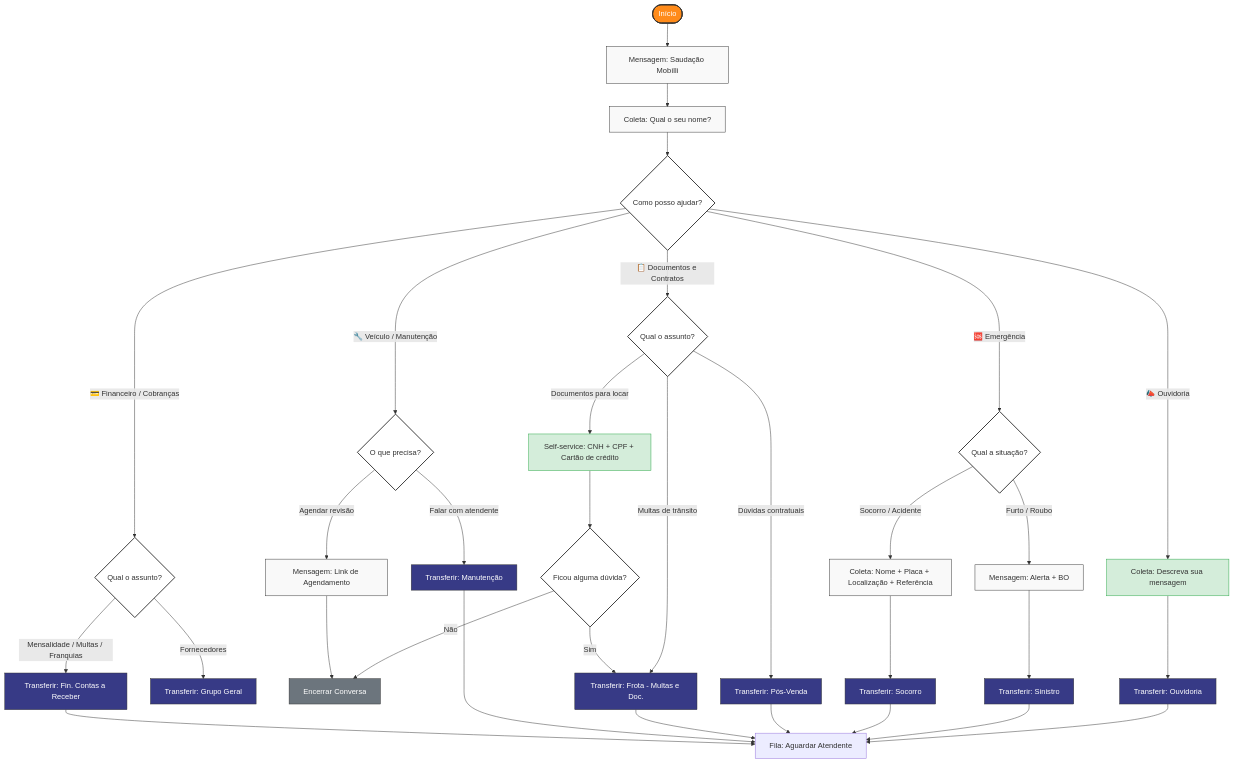
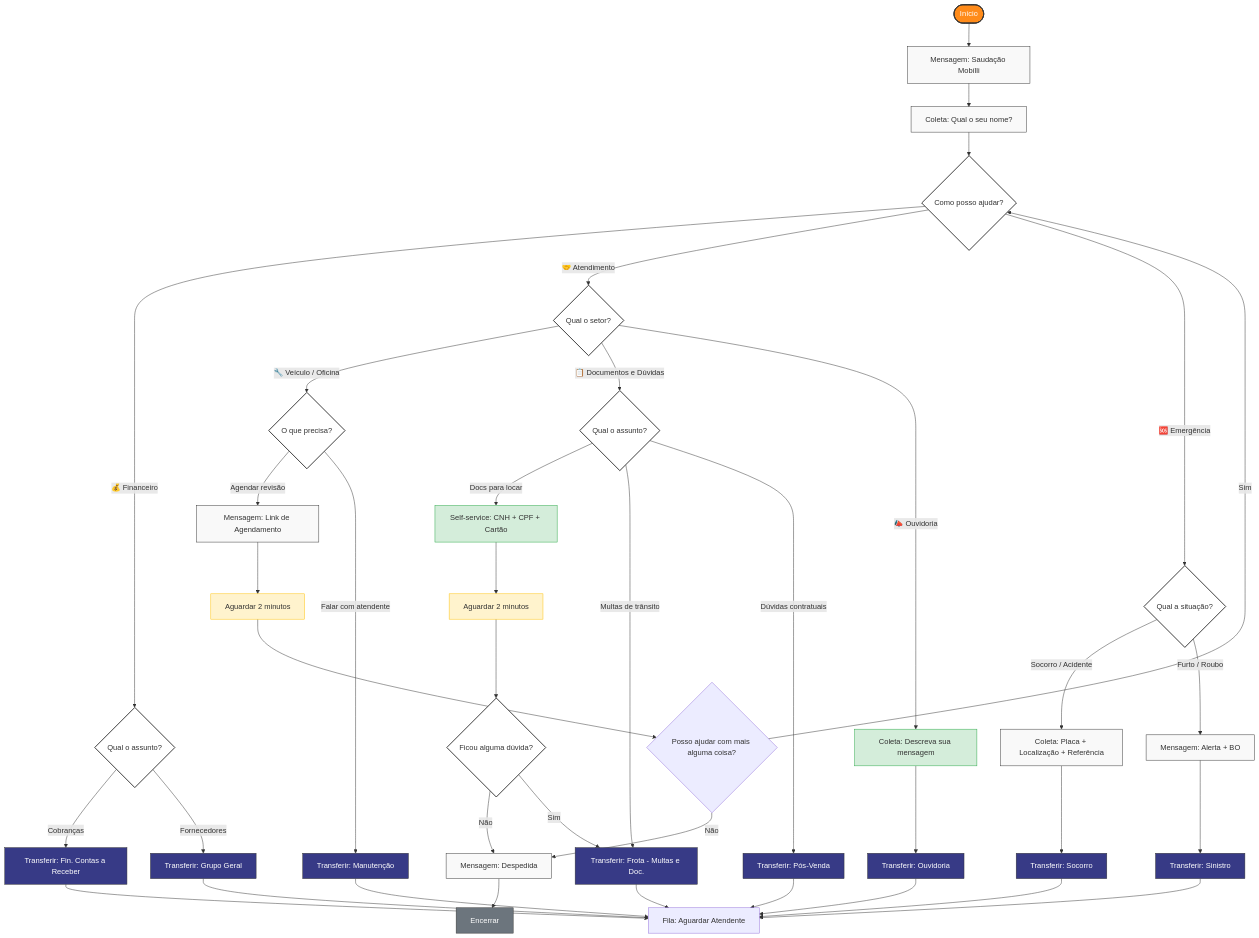
The first of 2 diagrams in docs/bot-flows/service-flow.md (mobillirentals/chatwoot), drawn with Mermaid before and after one commit. The commit also changed other lines of this file and 2 other files, not shown here.

Commit message:
fix: simplificar BridgeService — remover truncamento e adicionar recovery de sessão travada
- Remove whatsapp_truncate: labels devem ser curtos no Typebot, não remendados no código
- Adiciona recovery automático quando Typebot retorna 'Invalid message': sessão é
  encerrada e reiniciada, evitando loop infinito de rejeições
- Corrige service-flow.md com fluxo v2 definitivo
- Atualiza CHANGELOG com histórico completo da integração Typebot

````diff
--- a/docs/bot-flows/service-flow.md
+++ b/docs/bot-flows/service-flow.md
@@ -21,58 +21,71 @@
 ```mermaid
 graph TD
     Inicio([Início]) --> Saudacao[Mensagem: Saudação Mobílli]
     Saudacao --> Nome[Coleta: Qual o seu nome?]
-    Nome --> Setor{Como posso ajudar?}
+    Nome --> Menu{Como posso ajudar?}
 
-    %% Financeiro
-    Setor -- 💳 Financeiro / Cobranças --> Fin_Assunto{Qual o assunto?}
-    Fin_Assunto -- Mensalidade / Multas / Franquias --> Transf_Fin[Transferir: Fin. Contas a Receber]
+    %% ── Nível 1: 3 botões ────────────────────────────────────
+    Menu -- 💰 Financeiro --> Fin_Assunto{Qual o assunto?}
+    Menu -- 🤝 Atendimento --> Atend_Setor{Qual o setor?}
+    Menu -- 🆘 Emergência --> Emerg_Tipo{Qual a situação?}
+
+    %% ── Financeiro: 2 botões ─────────────────────────────────
+    Fin_Assunto -- Cobranças --> Transf_Fin[Transferir: Fin. Contas a Receber]
     Fin_Assunto -- Fornecedores --> Transf_Forn[Transferir: Grupo Geral]
 
-    %% Veículo / Manutenção
-    Setor -- 🔧 Veículo / Manutenção --> Veiculo_Assunto{O que precisa?}
-    Veiculo_Assunto -- Agendar revisão --> Link_Revisao[Mensagem: Link de Agendamento] --> Encerrar[Encerrar Conversa]
+    %% ── Atendimento: 3 botões ────────────────────────────────
+    Atend_Setor -- 🔧 Veículo / Oficina --> Veiculo_Assunto{O que precisa?}
+    Atend_Setor -- 📋 Documentos e Dúvidas --> Doc_Assunto{Qual o assunto?}
+    Atend_Setor -- 📣 Ouvidoria --> Ouv_Texto[Coleta: Descreva sua mensagem]
+
+    %% Veículo: 2 botões
+    Veiculo_Assunto -- Agendar revisão --> Link_Revisao[Mensagem: Link de Agendamento]
+    Link_Revisao --> Wait2min[Aguardar 2 minutos]
+    Wait2min --> Pos_Link{Posso ajudar com mais alguma coisa?}
+    Pos_Link -- Sim --> Menu
+    Pos_Link -- Não --> Despedida[Mensagem: Despedida] --> Encerrar[Encerrar]
     Veiculo_Assunto -- Falar com atendente --> Transf_Manut[Transferir: Manutenção]
 
-    %% Documentos e Contratos
-    Setor -- 📋 Documentos e Contratos --> Doc_Assunto{Qual o assunto?}
-    Doc_Assunto -- Documentos para locar --> Doc_Self[Self-service: CNH + CPF + Cartão de crédito]
-    Doc_Self --> Doc_Mais{Ficou alguma dúvida?}
-    Doc_Mais -- Não --> Encerrar
+    %% Documentos: 3 botões
+    Doc_Assunto -- Docs para locar --> Doc_Self[Self-service: CNH + CPF + Cartão]
+    Doc_Self --> Wait_Doc[Aguardar 2 minutos]
+    Wait_Doc --> Doc_Mais{Ficou alguma dúvida?}
+    Doc_Mais -- Não --> Despedida
     Doc_Mais -- Sim --> Transf_Frota[Transferir: Frota - Multas e Doc.]
     Doc_Assunto -- Multas de trânsito --> Transf_Frota
     Doc_Assunto -- Dúvidas contratuais --> Transf_PosVenda[Transferir: Pós-Venda]
 
-    %% Emergência
-    Setor -- 🆘 Emergência --> Emerg_Tipo{Qual a situação?}
-    Emerg_Tipo -- Socorro / Acidente --> Coleta[Coleta: Nome + Placa + Localização + Referência] --> Transf_Socorro[Transferir: Socorro]
+    %% Ouvidoria: texto livre
+    Ouv_Texto --> Transf_Ouv[Transferir: Ouvidoria]
+
+    %% ── Emergência: 2 botões ─────────────────────────────────
+    Emerg_Tipo -- Socorro / Acidente --> Coleta[Coleta: Placa + Localização + Referência] --> Transf_Socorro[Transferir: Socorro]
     Emerg_Tipo -- Furto / Roubo --> Msg_Roubo[Mensagem: Alerta + BO] --> Transf_Sinistro[Transferir: Sinistro]
 
-    %% Ouvidoria
-    Setor -- 📣 Ouvidoria --> Ouv_Texto[Coleta: Descreva sua mensagem]
-    Ouv_Texto --> Transf_Ouv[Transferir: Ouvidoria]
-
-    %% Filas
+    %% ── Fila de espera ───────────────────────────────────────
     Transf_Fin --> Fila[Fila: Aguardar Atendente]
+    Transf_Forn --> Fila
     Transf_Manut --> Fila
     Transf_Frota --> Fila
     Transf_PosVenda --> Fila
     Transf_Socorro --> Fila
     Transf_Sinistro --> Fila
     Transf_Ouv --> Fila
 
     %% Estilização
     classDef inicio fill:#ff8b1a,stroke:#333,stroke-width:2px,color:#fff;
     classDef decisao fill:#fff,stroke:#333,stroke-width:2px;
     classDef mensagem fill:#f9f9f9,stroke:#333,stroke-width:1px;
     classDef selfservice fill:#d4edda,stroke:#28a745,stroke-width:1px;
     classDef transferencia fill:#373a86,stroke:#333,stroke-width:1px,color:#fff;
     classDef encerrar fill:#6c757d,stroke:#333,stroke-width:1px,color:#fff;
 
     class Inicio inicio;
-    class Setor,Fin_Assunto,Veiculo_Assunto,Doc_Assunto,Emerg_Tipo,Doc_Mais decisao;
-    class Saudacao,Nome,Link_Revisao,Msg_Roubo,Coleta mensagem;
+    class Menu,Fin_Assunto,Atend_Setor,Veiculo_Assunto,Doc_Assunto,Emerg_Tipo,Doc_Mais decisao;
+    classDef espera fill:#fff3cd,stroke:#ffc107,stroke-width:1px;
+    class Saudacao,Nome,Link_Revisao,Msg_Roubo,Coleta,Despedida mensagem;
+    class Wait2min,Wait_Doc espera;
     class Doc_Self,Ouv_Texto selfservice;
     class Transf_Fin,Transf_Forn,Transf_Manut,Transf_Frota,Transf_PosVenda,Transf_Socorro,Transf_Sinistro,Transf_Ouv transferencia;
     class Encerrar encerrar;
 ```
````
